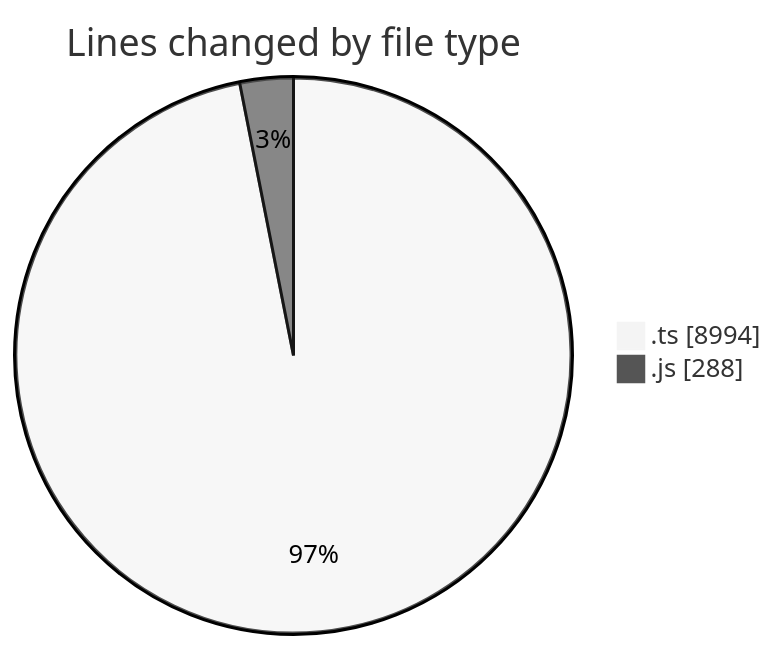
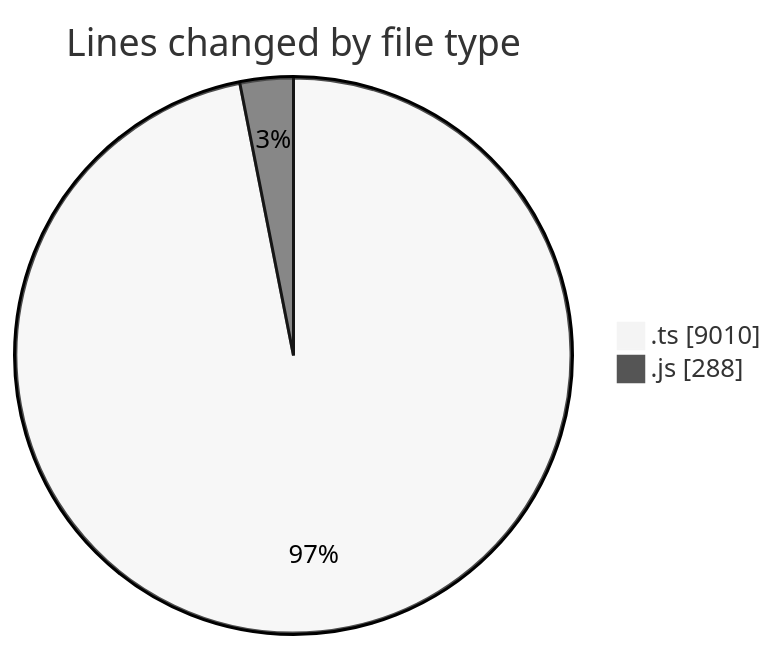
The first of 2 diagrams in 2025-05-28/cda/README.md (momahboobian/code-tracking), drawn with Mermaid (neutral theme) before and after one commit. The commit also changed other lines of this file and 1 other file, not shown here.

````diff
--- a/2025-05-28/cda/README.md
+++ b/2025-05-28/cda/README.md
@@ -25,6 +25,6 @@
 ```mermaid
 pie showData
 title Lines changed by file type
-".ts" : 8994
+".ts" : 9010
 ".js" : 288
 ```
````
